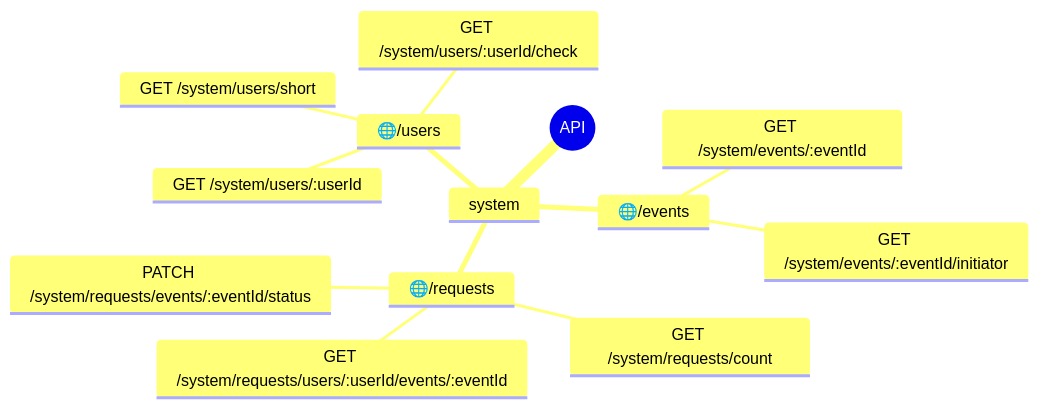
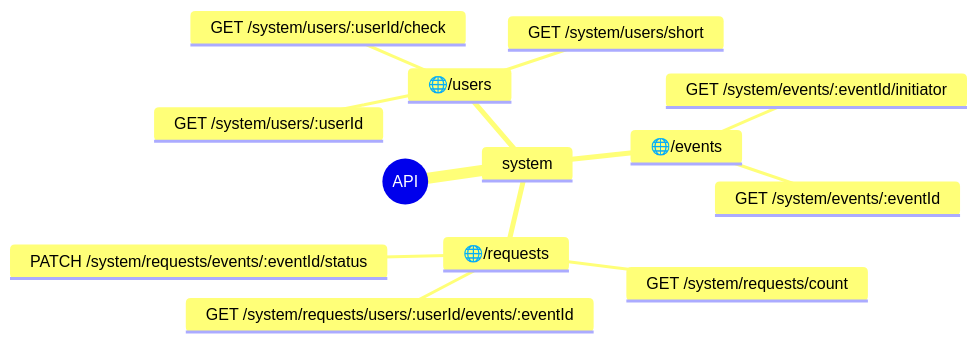
Before and after one commit to AleksOBM/java-plus-graduation: the second of 3 diagrams in readme.md, drawn with Mermaid. The commit also changed other lines of this file, not shown here.

````diff
--- a/readme.md
+++ b/readme.md
@@ -122,16 +125,17 @@
 ```mermaid
+%%{init: { 'mindmap': { 'maxNodeWidth': 500 } }}%%
 mindmap
   root((API))
     system
       🌐/events
         GET /system/events/:eventId
         GET /system/events/:eventId/initiator
       🌐/requests
         GET /system/requests/count
         GET /system/requests/users/:userId/events/:eventId
         PATCH /system/requests/events/:eventId/status
       🌐/users
         GET /system/users/:userId/check
         GET /system/users/:userId
         GET /system/users/short
 ```
````
